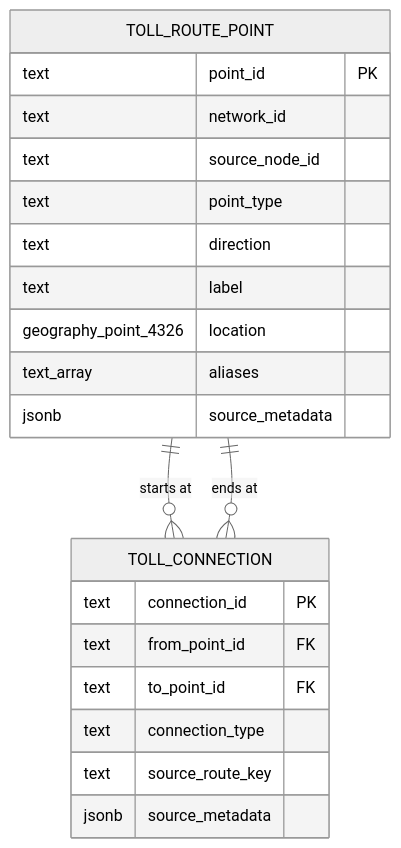
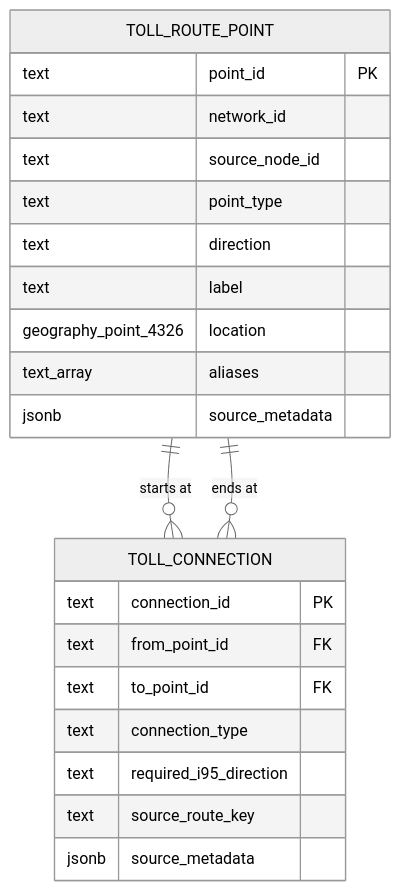
Before and after one commit to rhprasad0/nova-toll-budget-agent: the diagram in v2/docs/oracle-spec.md, drawn with Mermaid (neutral theme). The commit also changed other lines of this file and 6 other files, not shown here.

````diff
--- a/v2/docs/oracle-spec.md
+++ b/v2/docs/oracle-spec.md
@@ -152,26 +152,27 @@
 ```mermaid
 erDiagram
     TOLL_ROUTE_POINT ||--o{ TOLL_CONNECTION : "starts at"
     TOLL_ROUTE_POINT ||--o{ TOLL_CONNECTION : "ends at"
 
     TOLL_ROUTE_POINT {
         text point_id PK
         text network_id
         text source_node_id
         text point_type
         text direction
         text label
         geography_point_4326 location
         text_array aliases
         jsonb source_metadata
     }
 
     TOLL_CONNECTION {
         text connection_id PK
         text from_point_id FK
         text to_point_id FK
         text connection_type
+        text required_i95_direction
         text source_route_key
         jsonb source_metadata
     }
 ```
````
